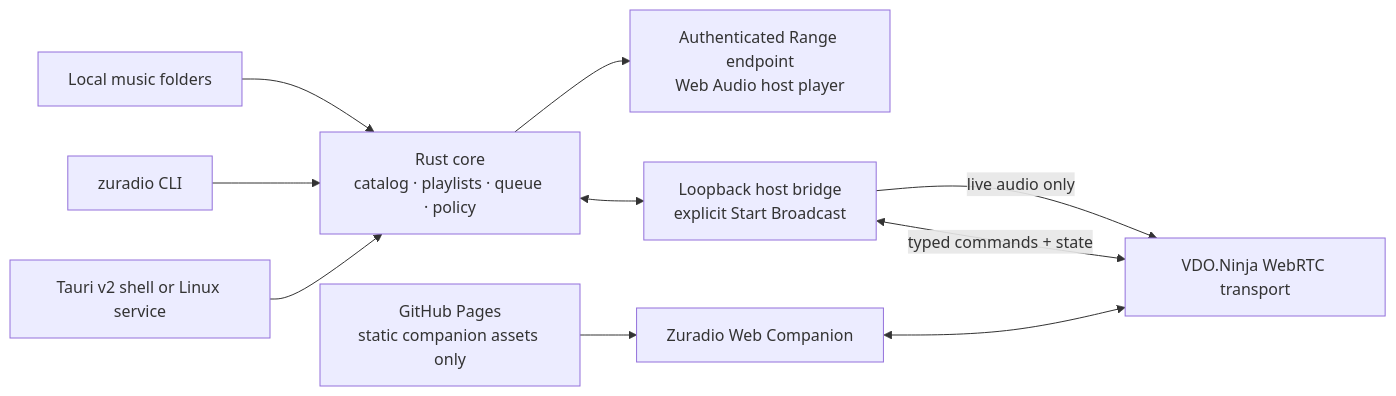
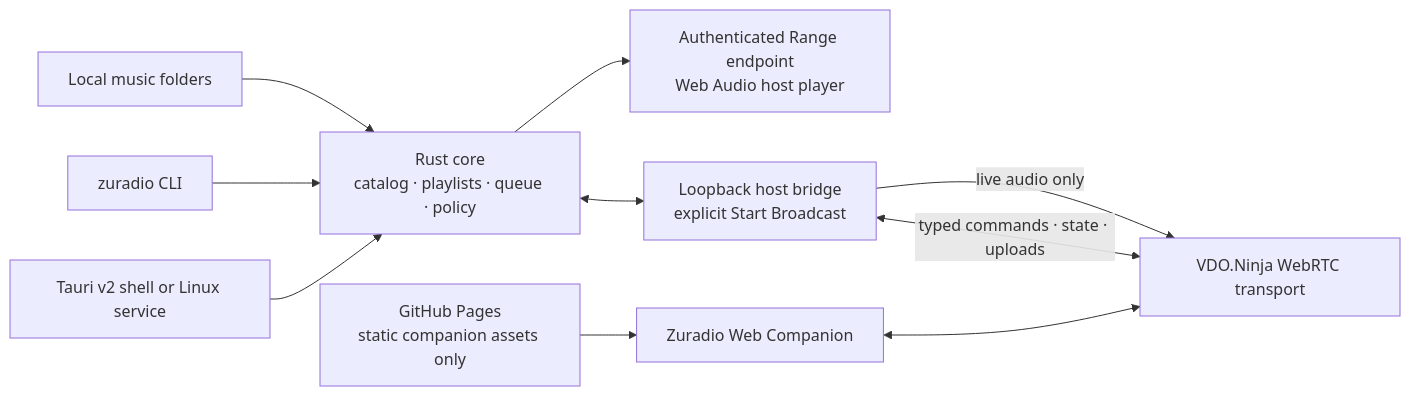
The diagram in docs/architecture.md (GeorgeFejer91/zuradio), drawn with Mermaid before and after one commit. The commit also changed other lines of this file and 37 other files, not shown here.

````diff
--- a/docs/architecture.md
+++ b/docs/architecture.md
@@ -12,12 +12,12 @@
 ```mermaid
 flowchart LR
   Music["Local music folders"] --> Core["Rust core\ncatalog · playlists · queue · policy"]
   Core --> Audio["Authenticated Range endpoint\nWeb Audio host player"]
   CLI["zuradio CLI"] --> Core
   Desktop["Tauri v2 shell or Linux service"] --> Core
   Core <--> Host["Loopback host bridge\nexplicit Start Broadcast"]
   Host -->|"live audio only"| VDO["VDO.Ninja WebRTC transport"]
-  Host <--> |"typed commands + state"| VDO
+  Host <--> |"typed commands · state · uploads"| VDO
   Pages["GitHub Pages\nstatic companion assets only"] --> Companion["Zuradio Web Companion"]
   Companion <--> VDO
 ```
````
